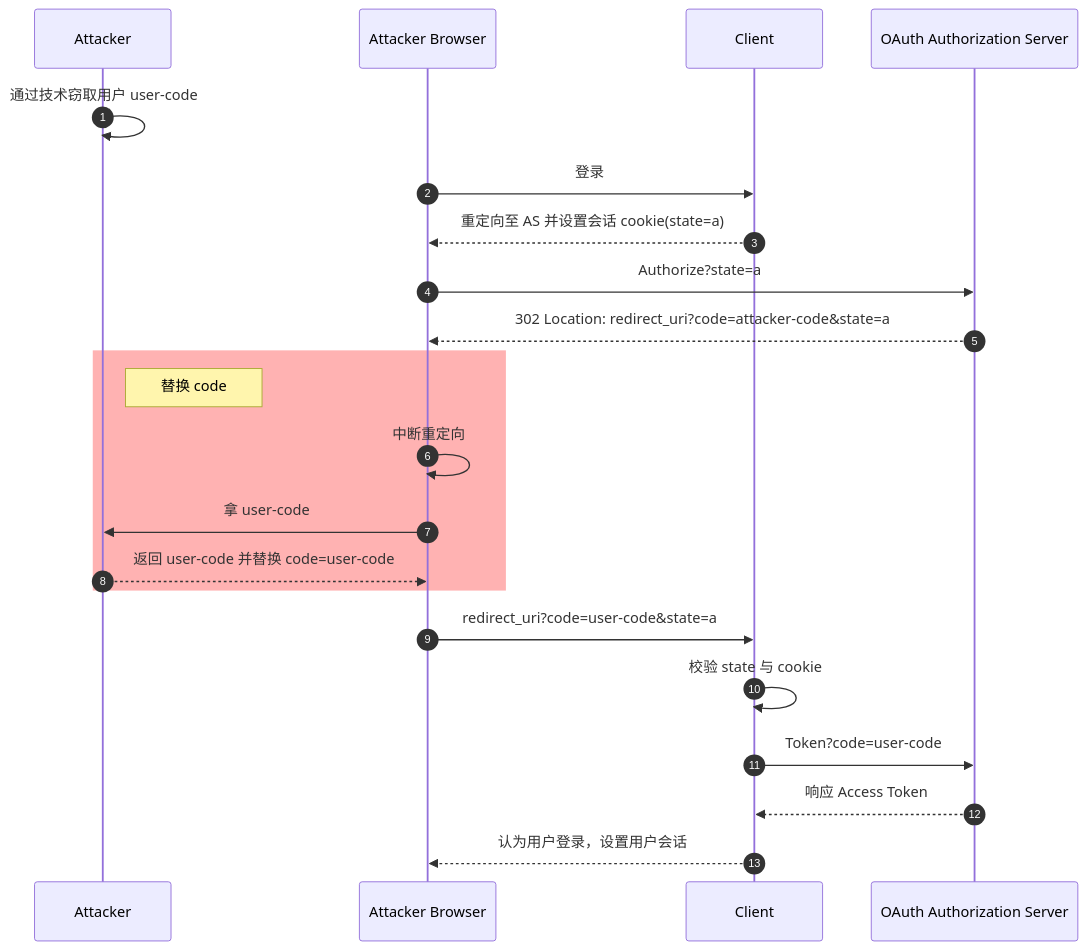
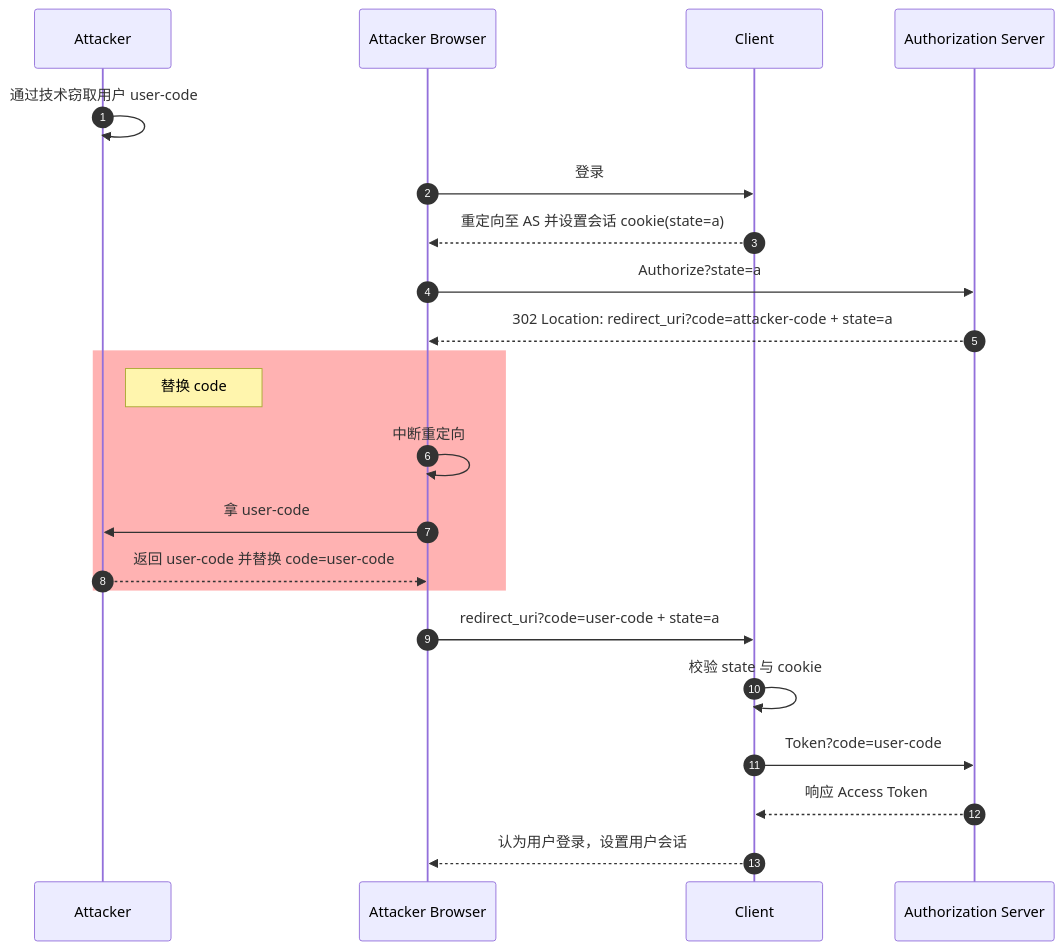
One commit to lsj9383/blog changed the third of 9 diagrams in posts/oauth-best-practice/readme.md. Above: the diagram before and after it, drawn with Mermaid. The commit also changed other lines of this file, not shown here.

````diff
--- a/posts/oauth-best-practice/readme.md
+++ b/posts/oauth-best-practice/readme.md
@@ -409,26 +420,26 @@
 ```mermaid
 sequenceDiagram
 autonumber
 
 participant attacker as Attacker
 participant attacker_browser as Attacker Browser
 participant client as Client
-participant authz_server as OAuth Authorization Server
+participant authz_server as Authorization Server
 
 attacker ->> attacker: 通过技术窃取用户 user-code
 attacker_browser ->> client: 登录
 client -->> attacker_browser: 重定向至 AS 并设置会话 cookie(state=a)
 attacker_browser ->> authz_server: Authorize?state=a
-authz_server -->> attacker_browser: 302 Location: redirect_uri?code=attacker-code&state=a
+authz_server -->> attacker_browser: 302 Location: redirect_uri?code=attacker-code + state=a
 rect rgb(255, 0, 0, .3)
     Note right of attacker: 替换 code
     attacker_browser ->> attacker_browser: 中断重定向
     attacker_browser ->> attacker: 拿 user-code
     attacker -->> attacker_browser: 返回 user-code 并替换 code=user-code
 end
-attacker_browser ->> client: redirect_uri?code=user-code&state=a
+attacker_browser ->> client: redirect_uri?code=user-code + state=a
 client ->> client: 校验 state 与 cookie
 client ->> authz_server: Token?code=user-code
 authz_server -->> client: 响应 Access Token
 client -->> attacker_browser: 认为用户登录，设置用户会话
 ```
````
